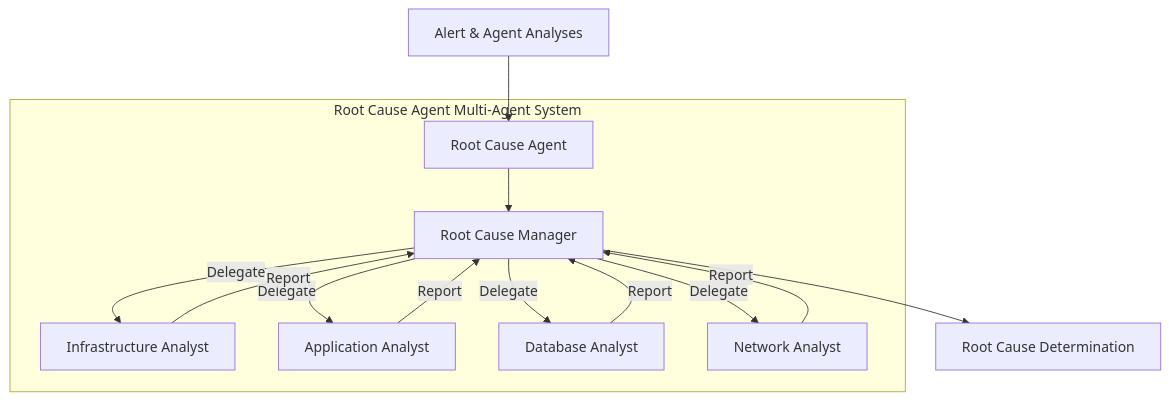
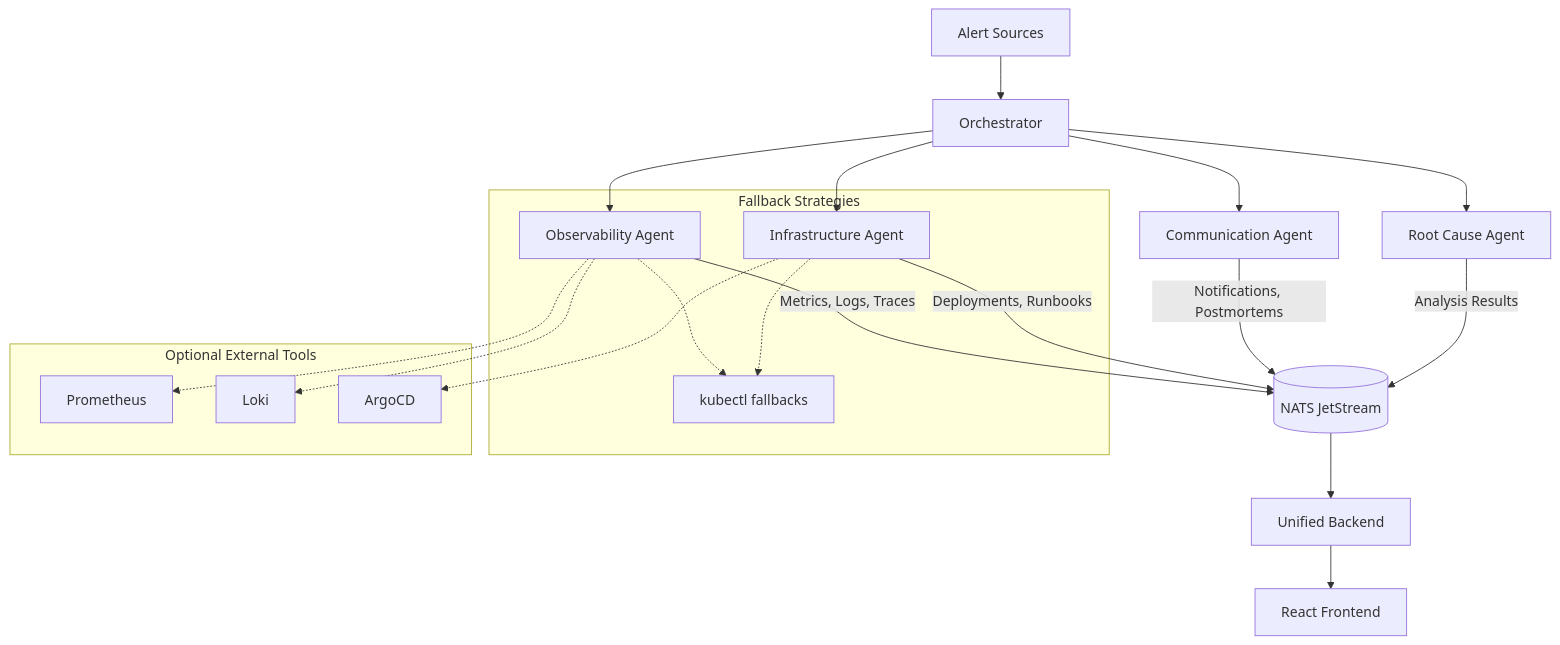
The first of 2 diagrams in docs/ARCHITECTURE.md (Upendra-Sahu-ML/observability-agent), drawn with Mermaid before and after one commit. The commit also changed other lines of this file and 29 other files, not shown here.

````diff
--- a/docs/ARCHITECTURE.md
+++ b/docs/ARCHITECTURE.md
@@ -199,20 +18,31 @@
 ```mermaid
-flowchart TB
-    A[Alert & Agent Analyses] --> B[Root Cause Agent]
+flowchart TD
+    A[Alert Sources] --> O[Orchestrator]
+    O --> OA[Observability Agent]
+    O --> IA[Infrastructure Agent]
+    O --> CA[Communication Agent]
+    O --> RCA[Root Cause Agent]
     
-    subgraph "Root Cause Agent Multi-Agent System"
-        B --> C[Root Cause Manager]
-        
-        C -->|Delegate| D[Infrastructure Analyst]
-        C -->|Delegate| E[Application Analyst]
-        C -->|Delegate| F[Database Analyst]
-        C -->|Delegate| G[Network Analyst]
-        
-        D -->|Report| C
-        E -->|Report| C
-        F -->|Report| C
-        G -->|Report| C
+    OA --> |Metrics, Logs, Traces| NATS[(NATS JetStream)]
+    IA --> |Deployments, Runbooks| NATS
+    CA --> |Notifications, Postmortems| NATS
+    RCA --> |Analysis Results| NATS
+    
+    NATS --> UB[Unified Backend]
+    UB --> UI[React Frontend]
+    
+    subgraph "Fallback Strategies"
+        K8S[kubectl fallbacks]
+        OA -.-> K8S
+        IA -.-> K8S
     end
     
-    C --> H[Root Cause Determination]
+    subgraph "Optional External Tools"
+        PROM[Prometheus]
+        LOKI[Loki]
+        ARGOCD[ArgoCD]
+        OA -.-> PROM
+        OA -.-> LOKI
+        IA -.-> ARGOCD
+    end
 ```
````
